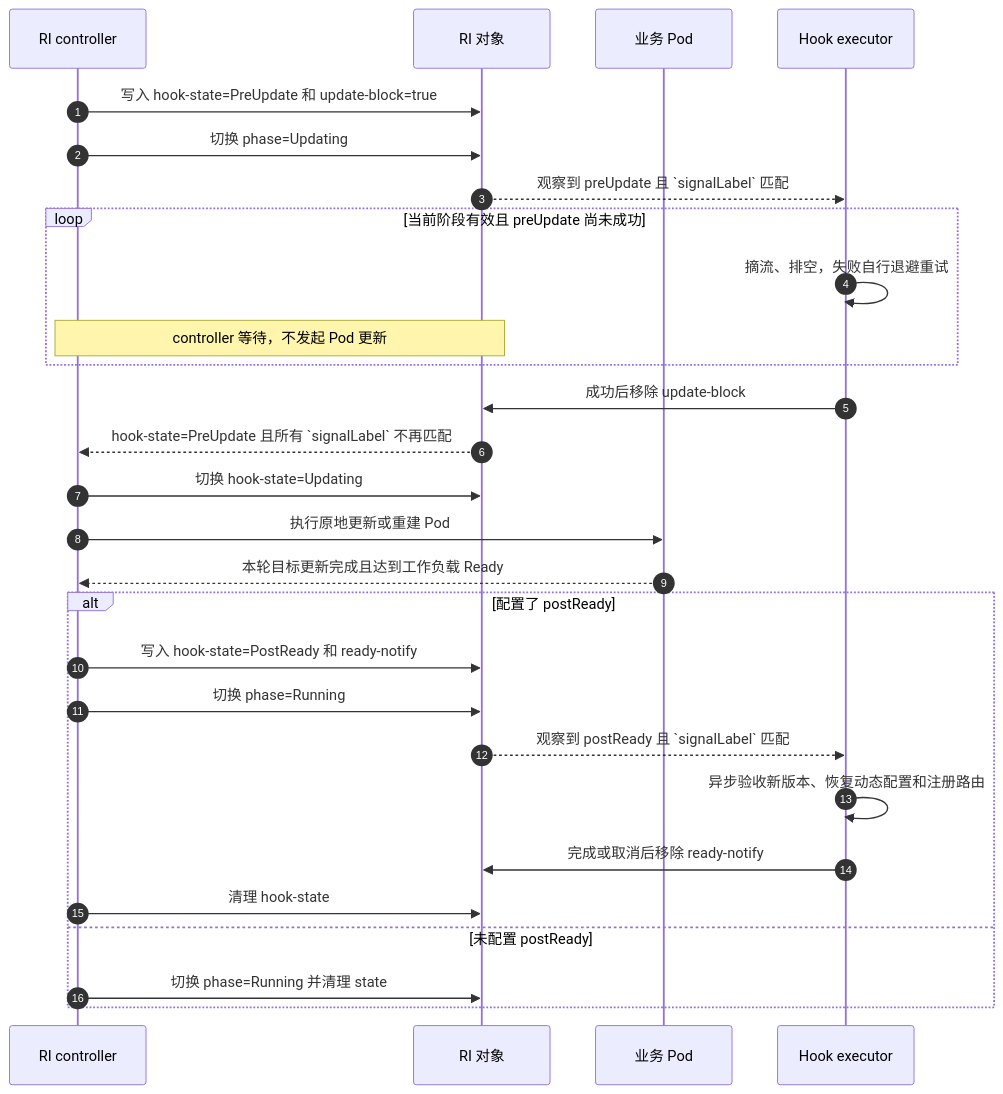
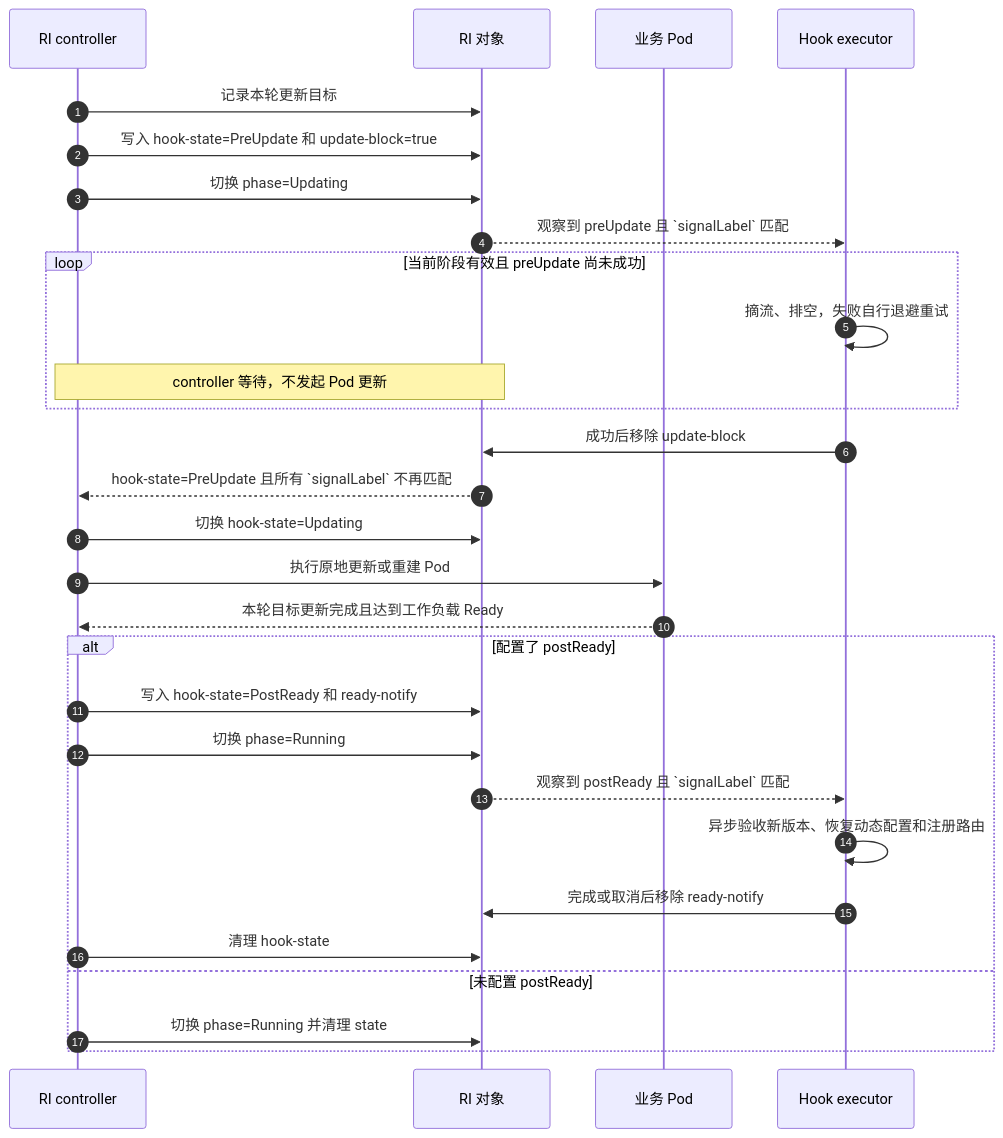
One commit to sgl-project/rbg changed the first of 4 diagrams in keps/527-roleinstance-lifecycle/README.zh-CN.md. Above: the diagram before and after it, drawn with Mermaid. The commit also changed other lines of this file and 1 other file, not shown here.

````diff
--- a/keps/527-roleinstance-lifecycle/README.zh-CN.md
+++ b/keps/527-roleinstance-lifecycle/README.zh-CN.md
@@ -444,30 +467,31 @@
 ```mermaid
 sequenceDiagram
     autonumber
     participant C as RI controller
     participant R as RI 对象
     participant P as 业务 Pod
     participant E as Hook executor
+    C->>R: 记录本轮更新目标
     C->>R: 写入 hook-state=PreUpdate 和 update-block=true
     C->>R: 切换 phase=Updating
     R-->>E: 观察到 preUpdate 且 `signalLabel` 匹配
     loop 当前阶段有效且 preUpdate 尚未成功
         E->>E: 摘流、排空，失败自行退避重试
         Note over C,R: controller 等待，不发起 Pod 更新
     end
     E->>R: 成功后移除 update-block
     R-->>C: hook-state=PreUpdate 且所有 `signalLabel` 不再匹配
     C->>R: 切换 hook-state=Updating
     C->>P: 执行原地更新或重建 Pod
     P-->>C: 本轮目标更新完成且达到工作负载 Ready
     alt 配置了 postReady
         C->>R: 写入 hook-state=PostReady 和 ready-notify
         C->>R: 切换 phase=Running
         R-->>E: 观察到 postReady 且 `signalLabel` 匹配
         E->>E: 异步验收新版本、恢复动态配置和注册路由
         E->>R: 完成或取消后移除 ready-notify
         C->>R: 清理 hook-state
     else 未配置 postReady
         C->>R: 切换 phase=Running 并清理 state
     end
 ```
````
